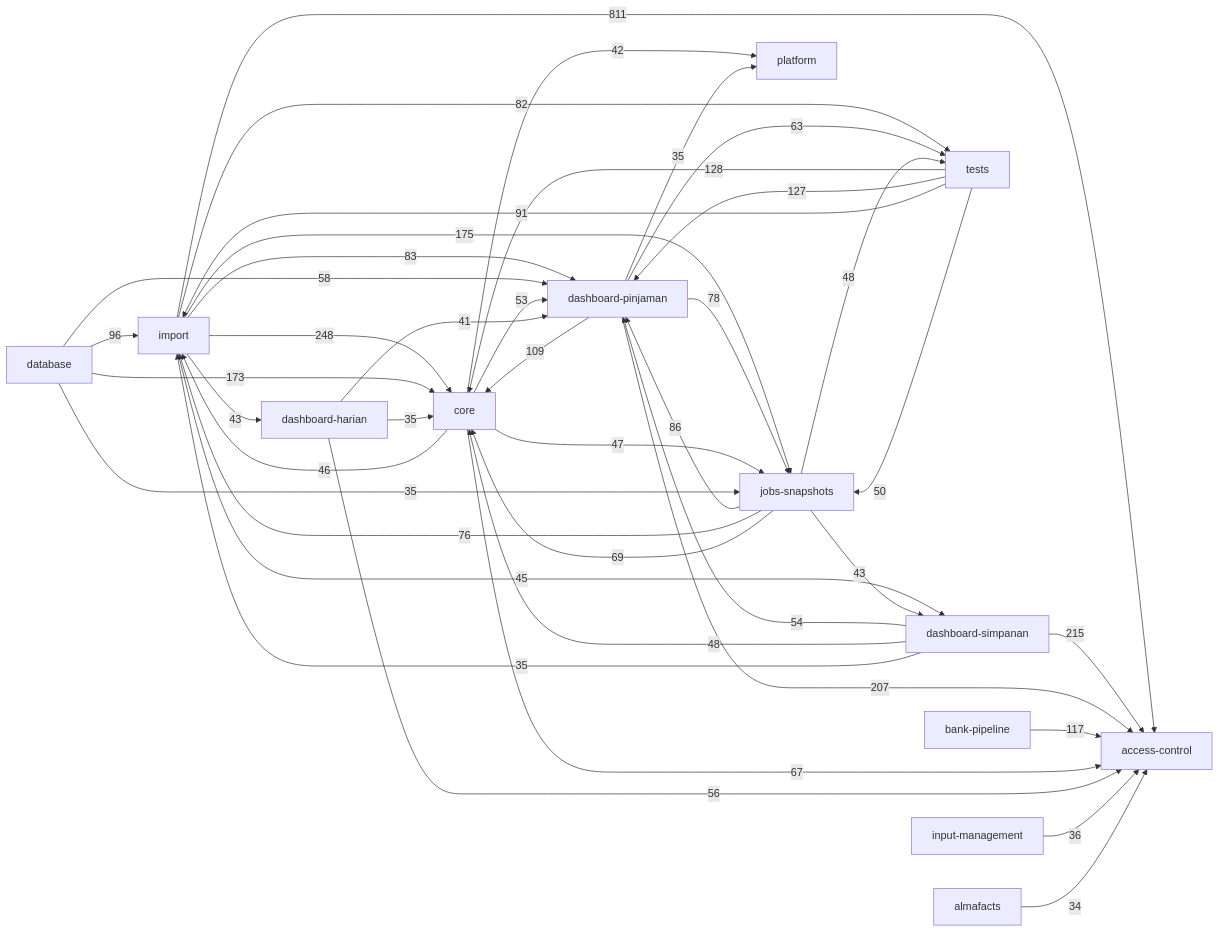
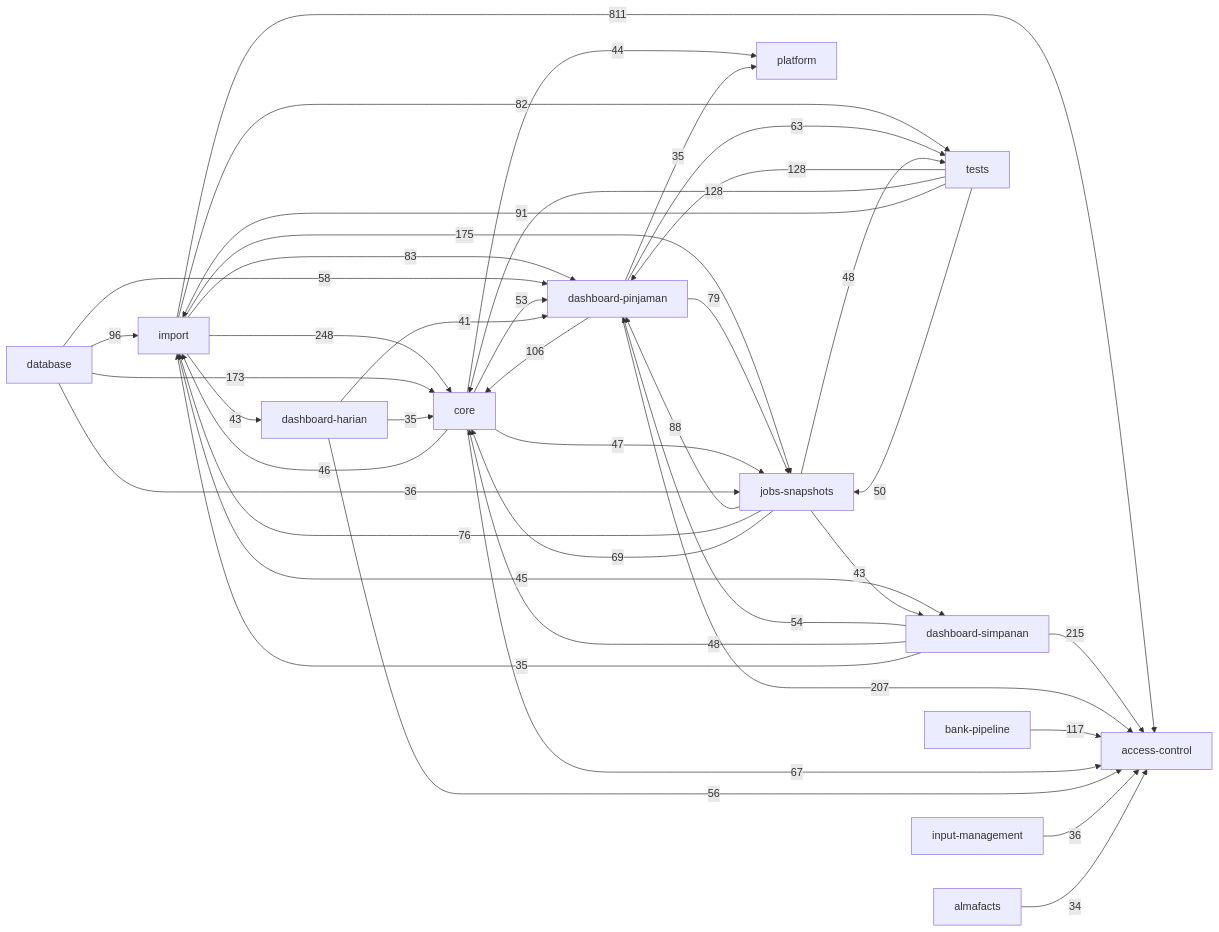
One commit to RizalloN/project-abah changed the diagram in docs/knowledge-graph/ARCHITECTURE.md. Above: the diagram before and after it, drawn with Mermaid. The commit also changed other lines of this file and 48 other files, not shown here.

First line of the commit message:
Add unit tests for dashboard functionality and queue worker monitoring

````diff
--- a/docs/knowledge-graph/ARCHITECTURE.md
+++ b/docs/knowledge-graph/ARCHITECTURE.md
@@ -5,43 +5,43 @@
 ```mermaid
 flowchart LR
     d_d942f64886["import"] -->|811| d_c393a69167["access-control"]
     d_d942f64886["import"] -->|248| d_0d45f5fd46["core"]
     d_90026ec21f["dashboard-simpanan"] -->|215| d_c393a69167["access-control"]
     d_c1933689a3["dashboard-pinjaman"] -->|207| d_c393a69167["access-control"]
     d_d942f64886["import"] -->|175| d_7c16aa6a77["jobs-snapshots"]
     d_3549b0028b["database"] -->|173| d_0d45f5fd46["core"]
+    d_59830ebc3a["tests"] -->|128| d_c1933689a3["dashboard-pinjaman"]
     d_59830ebc3a["tests"] -->|128| d_0d45f5fd46["core"]
-    d_59830ebc3a["tests"] -->|127| d_c1933689a3["dashboard-pinjaman"]
     d_39bcb775e4["bank-pipeline"] -->|117| d_c393a69167["access-control"]
-    d_c1933689a3["dashboard-pinjaman"] -->|109| d_0d45f5fd46["core"]
+    d_c1933689a3["dashboard-pinjaman"] -->|106| d_0d45f5fd46["core"]
     d_3549b0028b["database"] -->|96| d_d942f64886["import"]
     d_59830ebc3a["tests"] -->|91| d_d942f64886["import"]
-    d_7c16aa6a77["jobs-snapshots"] -->|86| d_c1933689a3["dashboard-pinjaman"]
+    d_7c16aa6a77["jobs-snapshots"] -->|88| d_c1933689a3["dashboard-pinjaman"]
     d_d942f64886["import"] -->|83| d_c1933689a3["dashboard-pinjaman"]
     d_d942f64886["import"] -->|82| d_59830ebc3a["tests"]
-    d_c1933689a3["dashboard-pinjaman"] -->|78| d_7c16aa6a77["jobs-snapshots"]
+    d_c1933689a3["dashboard-pinjaman"] -->|79| d_7c16aa6a77["jobs-snapshots"]
     d_7c16aa6a77["jobs-snapshots"] -->|76| d_d942f64886["import"]
     d_7c16aa6a77["jobs-snapshots"] -->|69| d_0d45f5fd46["core"]
     d_0d45f5fd46["core"] -->|67| d_c393a69167["access-control"]
     d_c1933689a3["dashboard-pinjaman"] -->|63| d_59830ebc3a["tests"]
     d_3549b0028b["database"] -->|58| d_c1933689a3["dashboard-pinjaman"]
     d_a0a49fdd98["dashboard-harian"] -->|56| d_c393a69167["access-control"]
     d_90026ec21f["dashboard-simpanan"] -->|54| d_c1933689a3["dashboard-pinjaman"]
     d_0d45f5fd46["core"] -->|53| d_c1933689a3["dashboard-pinjaman"]
     d_59830ebc3a["tests"] -->|50| d_7c16aa6a77["jobs-snapshots"]
     d_90026ec21f["dashboard-simpanan"] -->|48| d_0d45f5fd46["core"]
     d_7c16aa6a77["jobs-snapshots"] -->|48| d_59830ebc3a["tests"]
     d_0d45f5fd46["core"] -->|47| d_7c16aa6a77["jobs-snapshots"]
     d_0d45f5fd46["core"] -->|46| d_d942f64886["import"]
     d_d942f64886["import"] -->|45| d_90026ec21f["dashboard-simpanan"]
+    d_0d45f5fd46["core"] -->|44| d_d294fcce0c["platform"]
     d_7c16aa6a77["jobs-snapshots"] -->|43| d_90026ec21f["dashboard-simpanan"]
     d_d942f64886["import"] -->|43| d_a0a49fdd98["dashboard-harian"]
-    d_0d45f5fd46["core"] -->|42| d_d294fcce0c["platform"]
     d_a0a49fdd98["dashboard-harian"] -->|41| d_c1933689a3["dashboard-pinjaman"]
+    d_3549b0028b["database"] -->|36| d_7c16aa6a77["jobs-snapshots"]
     d_b70a9d941d["input-management"] -->|36| d_c393a69167["access-control"]
-    d_3549b0028b["database"] -->|35| d_7c16aa6a77["jobs-snapshots"]
     d_c1933689a3["dashboard-pinjaman"] -->|35| d_d294fcce0c["platform"]
     d_90026ec21f["dashboard-simpanan"] -->|35| d_d942f64886["import"]
     d_a0a49fdd98["dashboard-harian"] -->|35| d_0d45f5fd46["core"]
     d_b89824cc5a["almafacts"] -->|34| d_c393a69167["access-control"]
 ```
````
